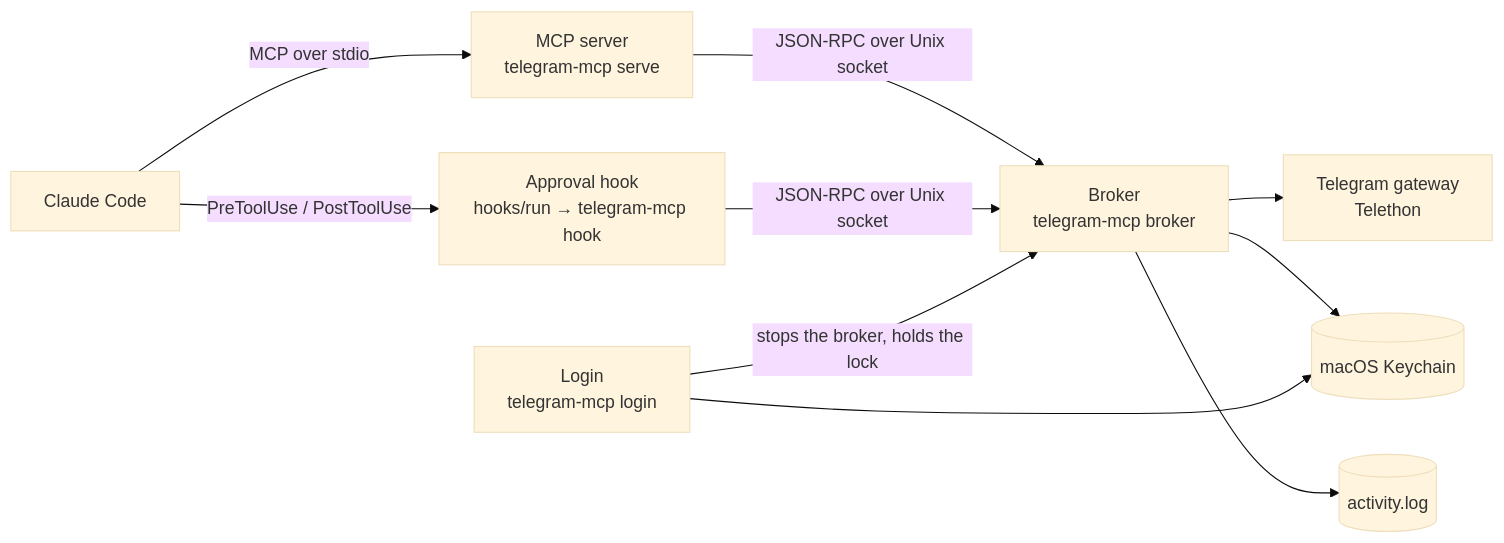
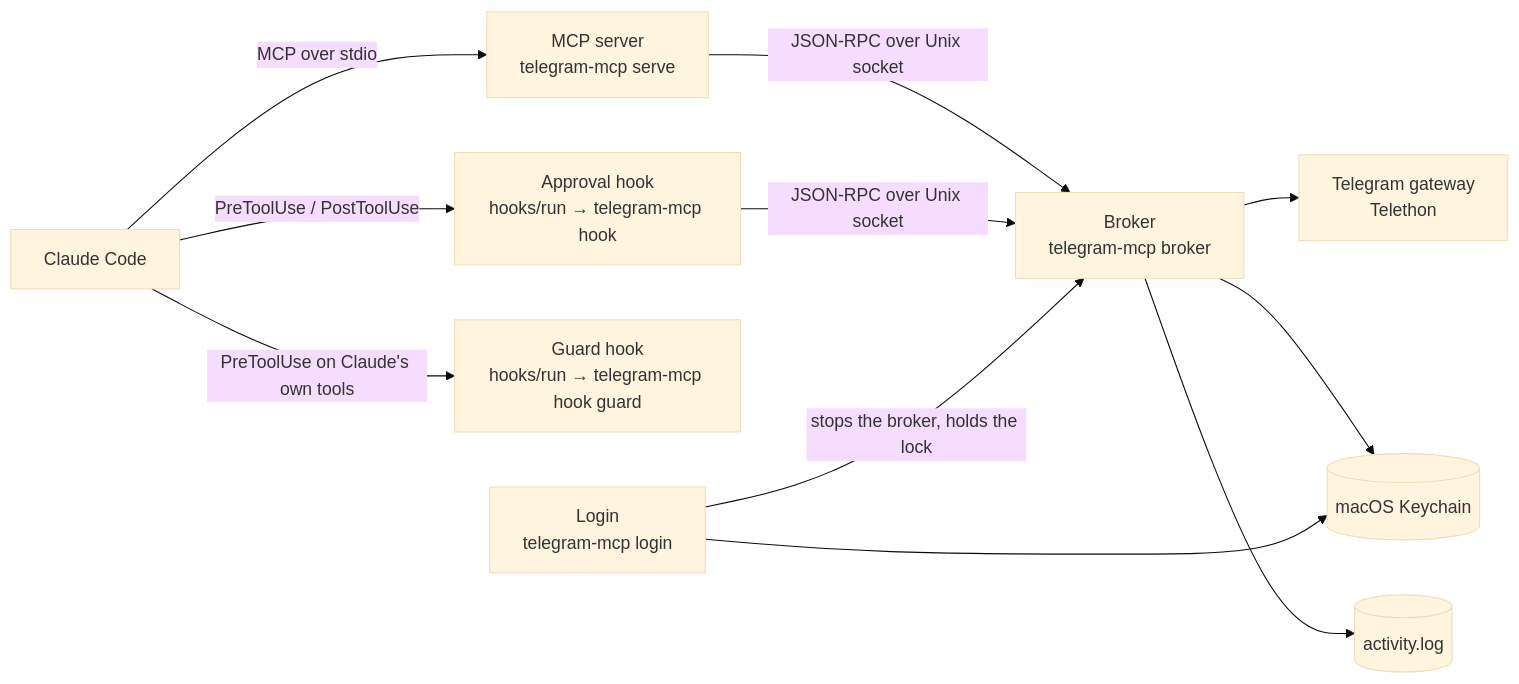
One commit to maksymskuibida/telegram-mcp changed the first of 2 diagrams in docs/ARCHITECTURE.md. Above: the diagram before and after it, drawn with Mermaid (base theme). The commit also changed other lines of this file and 20 other files, not shown here.

First line of the commit message:
Add the guard hook for Claude's own tools (#5)

````diff
--- a/docs/ARCHITECTURE.md
+++ b/docs/ARCHITECTURE.md
@@ -12,12 +12,13 @@
 ```mermaid
 flowchart LR
     CC[Claude Code] -- MCP over stdio --> S[MCP server<br/>telegram-mcp serve]
     CC -- PreToolUse / PostToolUse --> H[Approval hook<br/>hooks/run → telegram-mcp hook]
+    CC -- PreToolUse on Claude's own tools --> GH[Guard hook<br/>hooks/run → telegram-mcp hook guard]
     S -- JSON-RPC over Unix socket --> B[Broker<br/>telegram-mcp broker]
     H -- JSON-RPC over Unix socket --> B
     L[Login<br/>telegram-mcp login] -- stops the broker, holds the lock --> B
     B --> G[Telegram gateway<br/>Telethon]
     B --> K[(macOS Keychain)]
     B --> A[(activity.log)]
     L --> K
 ```
````
